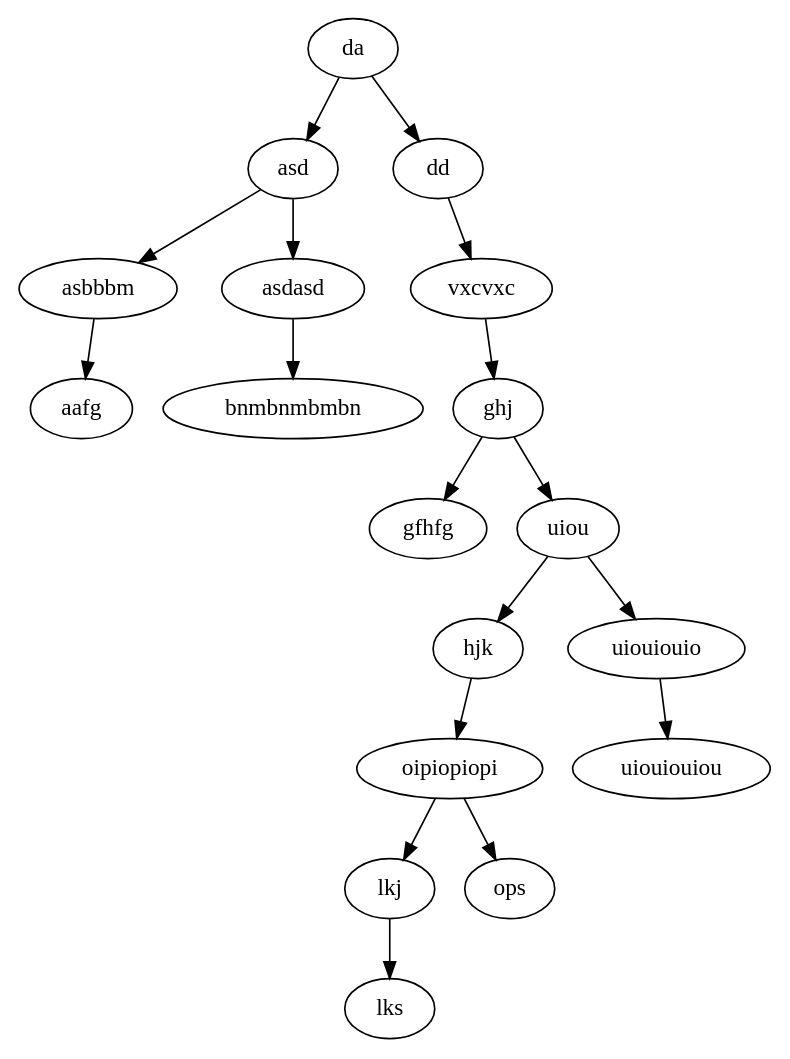
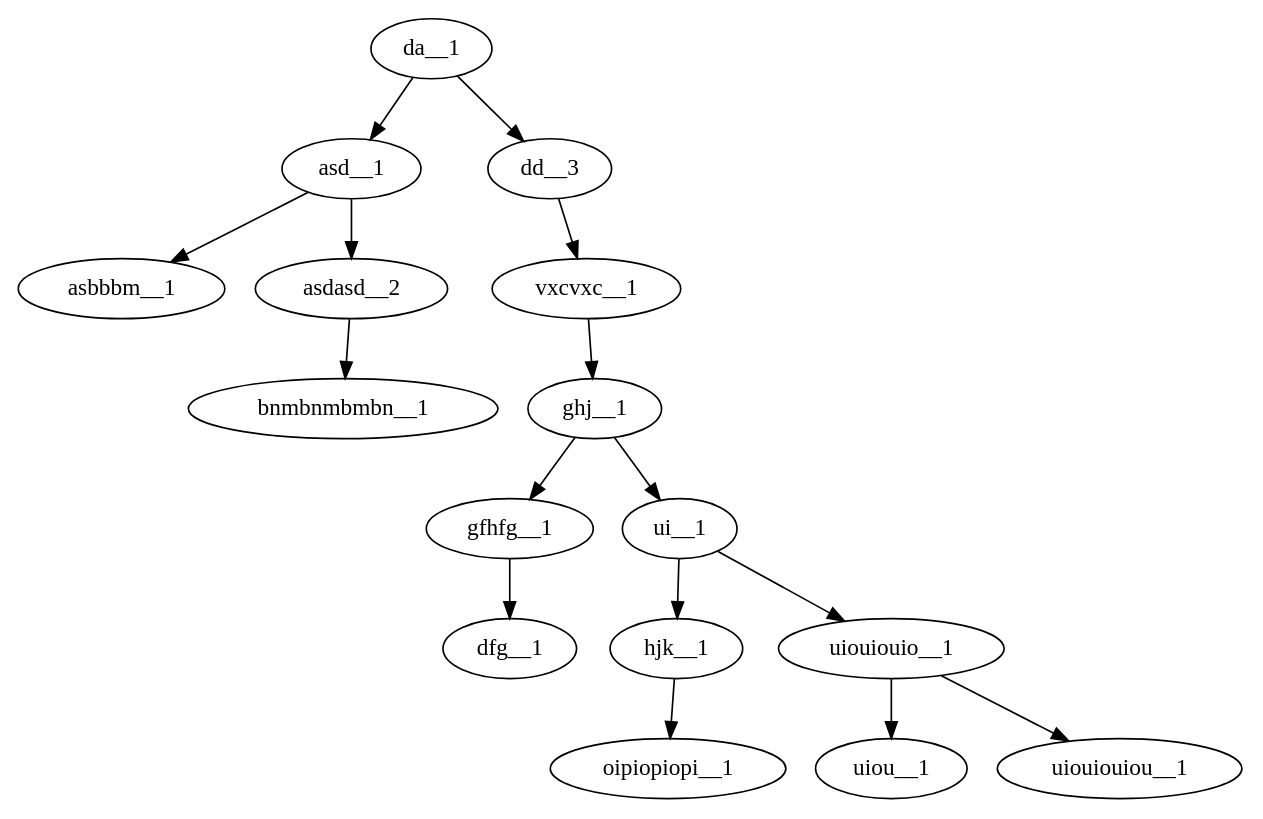
Before and after one commit to pp20u1515/Data_types_and_structures: the diagram in lab_06/func_tests/data/output_first_tree.dot, drawn with Graphviz. The commit also changed 35 other files, not shown here.

```diff
--- a/lab_06/func_tests/data/output_first_tree.dot
+++ b/lab_06/func_tests/data/output_first_tree.dot
@@ -1,37 +1,33 @@
 digraph tree {
-da;
-da -> asd;
-da -> dd;
-dd;
-dd -> vxcvxc;
-vxcvxc;
-vxcvxc -> ghj;
-ghj;
-ghj -> gfhfg;
-ghj -> uiou;
-uiou;
-uiou -> hjk;
-uiou -> uiouiouio;
-uiouiouio;
-uiouiouio -> uiouiouiou;
-uiouiouiou;
-hjk;
-hjk -> oipiopiopi;
-oipiopiopi;
-oipiopiopi -> lkj;
-oipiopiopi -> ops;
-ops;
-lkj;
-lkj -> lks;
-lks;
-gfhfg;
-asd;
-asd -> asbbbm;
-asd -> asdasd;
-asdasd;
-asdasd -> bnmbnmbmbn;
-bnmbnmbmbn;
-asbbbm;
-asbbbm -> aafg;
-aafg;
+da__1;
+da__1 -> asd__1;
+da__1 -> dd__3;
+dd__3;
+dd__3 -> vxcvxc__1;
+vxcvxc__1;
+vxcvxc__1 -> ghj__1;
+ghj__1;
+ghj__1 -> gfhfg__1;
+ghj__1 -> ui__1;
+ui__1;
+ui__1 -> hjk__1;
+ui__1 -> uiouiouio__1;
+uiouiouio__1;
+uiouiouio__1 -> uiou__1;
+uiouiouio__1 -> uiouiouiou__1;
+uiouiouiou__1;
+uiou__1;
+hjk__1;
+hjk__1 -> oipiopiopi__1;
+oipiopiopi__1;
+gfhfg__1;
+gfhfg__1 -> dfg__1;
+dfg__1;
+asd__1;
+asd__1 -> asbbbm__1;
+asd__1 -> asdasd__2;
+asdasd__2;
+asdasd__2 -> bnmbnmbmbn__1;
+bnmbnmbmbn__1;
+asbbbm__1;
 }
```
